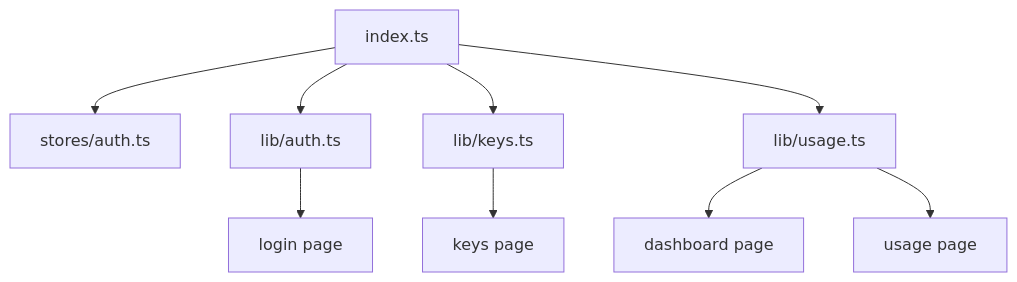
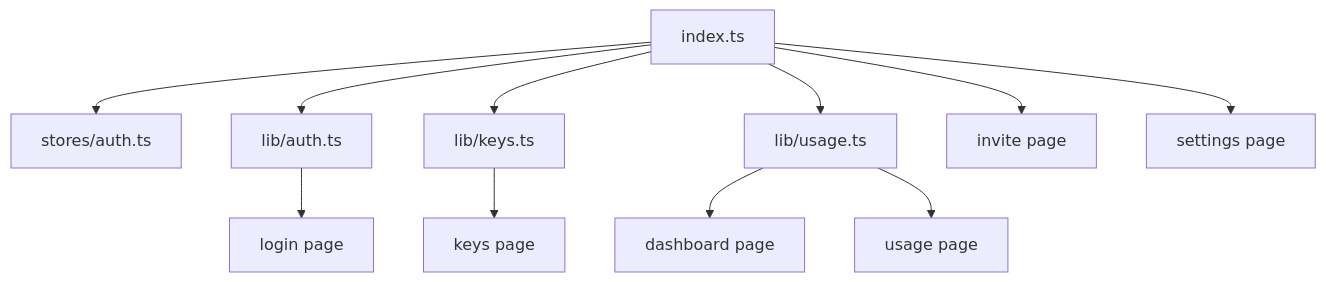
Before and after one commit to Zekiwest/sub2api-web: the diagram in src/types/_dir.md, drawn with Mermaid. The commit also changed other lines of this file and 13 other files, not shown here.

First line of the commit message:
feat: Add Settings page and Invite system with user profile dropdown

````diff
--- a/src/types/_dir.md
+++ b/src/types/_dir.md
@@ -44,14 +48,17 @@
 ```mermaid
 graph TD
     T[index.ts]
     
     T --> S[stores/auth.ts]
     T --> L1[lib/auth.ts]
     T --> L2[lib/keys.ts]
     T --> L3[lib/usage.ts]
     
     L1 --> LP[login page]
     L2 --> KP[keys page]
     L3 --> DP[dashboard page]
     L3 --> UP[usage page]
+    
+    T --> IP[invite page]
+    T --> SP[settings page]
 ```
````
